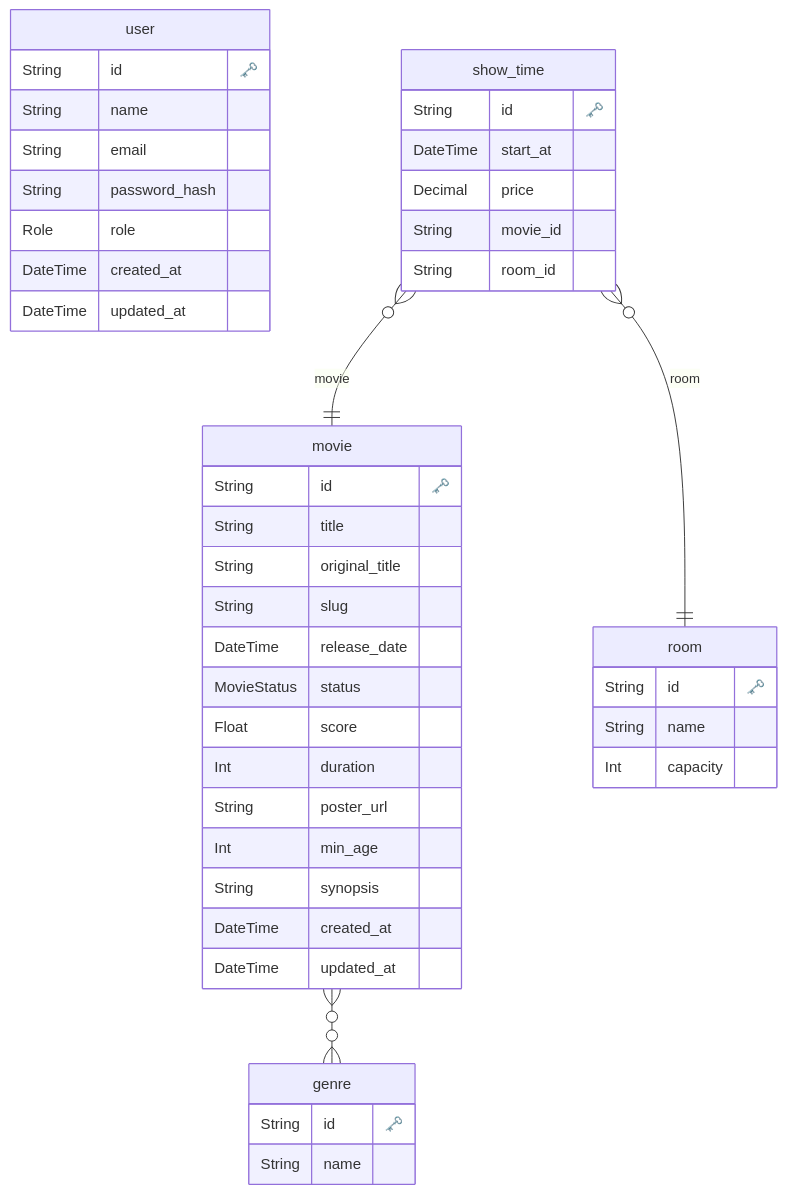
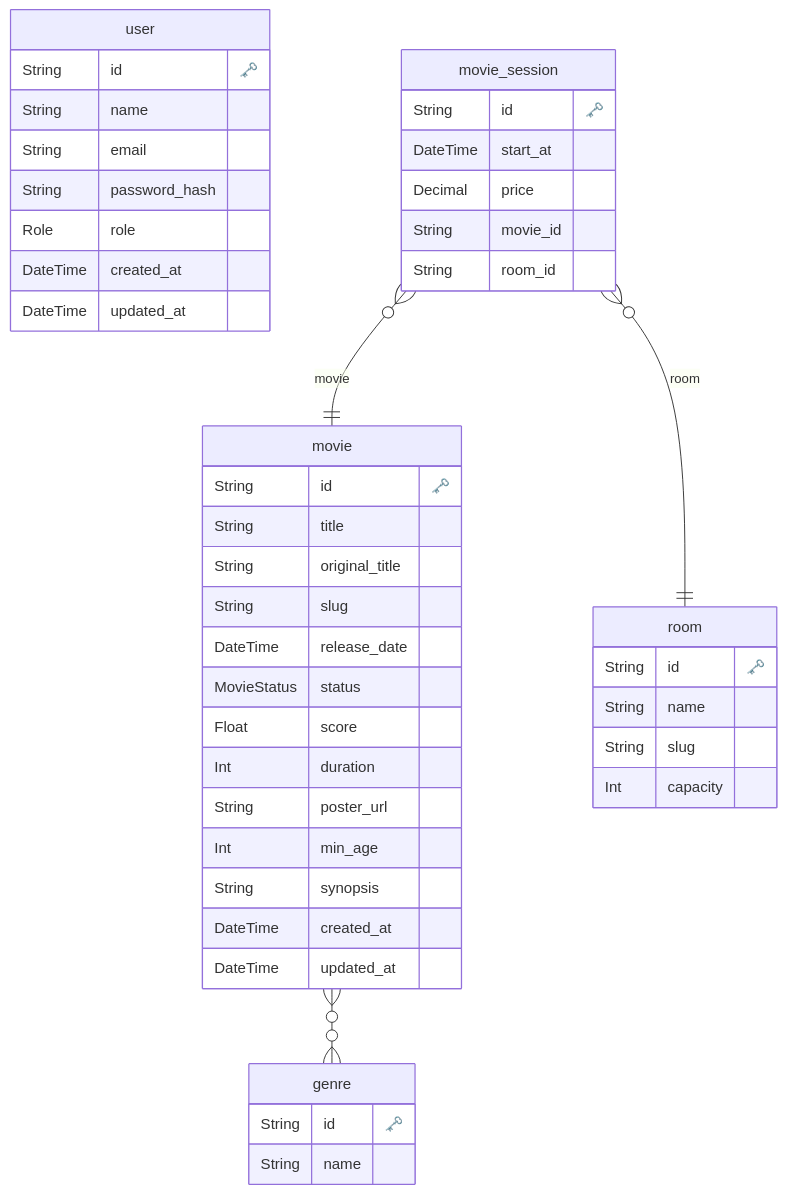
One commit to ThiagoACNascimento/movie-reservation-system changed the diagram in prisma/ERD.md. Above: the diagram before and after it, drawn with Mermaid. The commit also changed 2 other files, not shown here.

Commit message:
feat: add slug in `Room` model

````diff
--- a/prisma/ERD.md
+++ b/prisma/ERD.md
@@ -1,56 +1,57 @@
 ```mermaid
 erDiagram
 
   "user" {
     String id "🗝️"
     String name 
     String email 
     String password_hash 
     Role role 
     DateTime created_at 
     DateTime updated_at 
     }
   
 
   "movie" {
     String id "🗝️"
     String title 
     String original_title 
     String slug 
     DateTime release_date 
     MovieStatus status 
     Float score 
     Int duration 
     String poster_url 
     Int min_age 
     String synopsis 
     DateTime created_at 
     DateTime updated_at 
     }
   
 
   "genre" {
     String id "🗝️"
     String name 
     }
   
 
   "room" {
     String id "🗝️"
     String name 
+    String slug 
     Int capacity 
     }
   
 
-  "show_time" {
+  "movie_session" {
     String id "🗝️"
     DateTime start_at 
     Decimal price 
     String movie_id 
     String room_id 
     }
   
     "movie" o{--}o "genre" : ""
-    "show_time" }o--|| movie : "movie"
-    "show_time" }o--|| room : "room"
+    "movie_session" }o--|| movie : "movie"
+    "movie_session" }o--|| room : "room"
 ```
````
